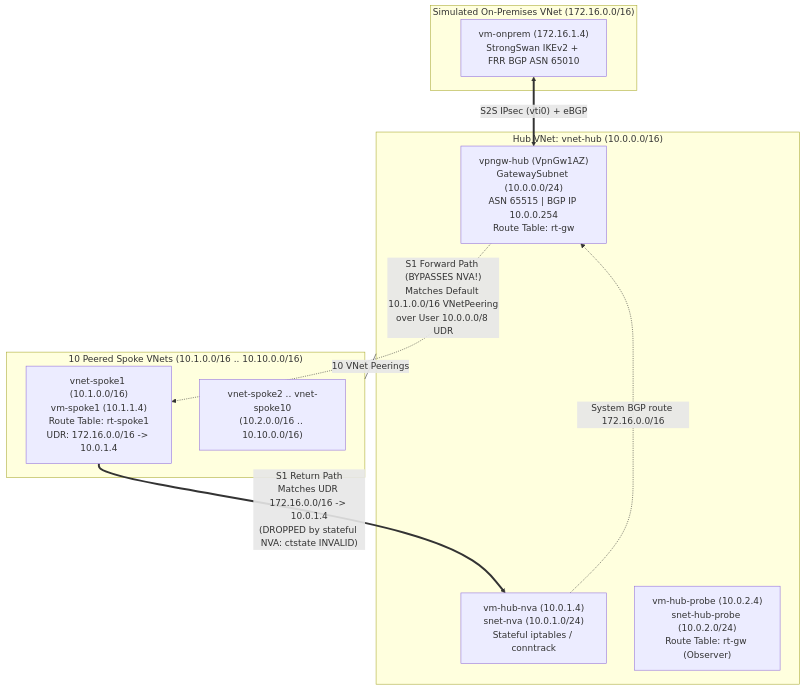
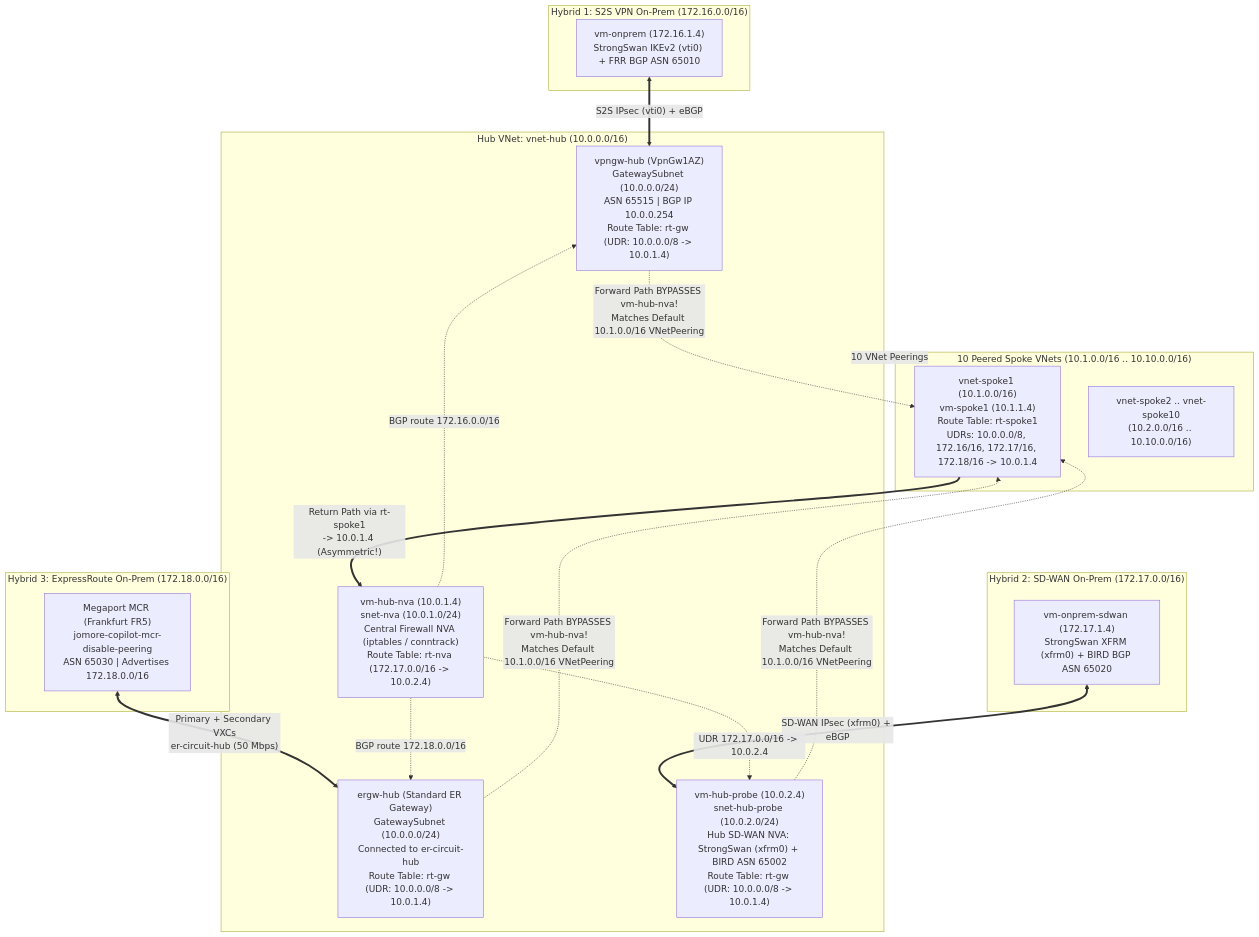
One commit to erjosito/net-lab-builder changed the first of 2 diagrams in labs/disable-peering-route-propagation/diagrams/topology.md. Above: the diagram before and after it, drawn with Mermaid. The commit also changed other lines of this file and 16 other files, not shown here.

First line of the commit message:
feat(disable-peering-route-propagation): expand lab to 3 hybrid connections (S2S VPN, SD-WAN, ExpressRoute) and restore 10.0.0.0/8 summary UDR

````diff
--- a/labs/disable-peering-route-propagation/diagrams/topology.md
+++ b/labs/disable-peering-route-propagation/diagrams/topology.md
@@ -5,23 +5,40 @@
 ```mermaid
 flowchart TB
-    subgraph OnPrem["Simulated On-Premises VNet (172.16.0.0/16)"]
-        VMOnPrem["vm-onprem (172.16.1.4)<br/>StrongSwan IKEv2 + FRR BGP ASN 65010"]
+    subgraph OnPrem1["Hybrid 1: S2S VPN On-Prem (172.16.0.0/16)"]
+        VMOnPrem["vm-onprem (172.16.1.4)<br/>StrongSwan IKEv2 (vti0) + FRR BGP ASN 65010"]
+    end
+
+    subgraph OnPrem2["Hybrid 2: SD-WAN On-Prem (172.17.0.0/16)"]
+        VMOnPremSDWAN["vm-onprem-sdwan (172.17.1.4)<br/>StrongSwan XFRM (xfrm0) + BIRD BGP ASN 65020"]
+    end
+
+    subgraph OnPrem3["Hybrid 3: ExpressRoute On-Prem (172.18.0.0/16)"]
+        MCR["Megaport MCR (Frankfurt FR5)<br/>jomore-copilot-mcr-disable-peering<br/>ASN 65030 | Advertises 172.18.0.0/16"]
     end
 
     subgraph Hub["Hub VNet: vnet-hub (10.0.0.0/16)"]
-        VPNGW["vpngw-hub (VpnGw1AZ)<br/>GatewaySubnet (10.0.0.0/24)<br/>ASN 65515 | BGP IP 10.0.0.254<br/>Route Table: rt-gw"]
-        NVA["vm-hub-nva (10.0.1.4)<br/>snet-nva (10.0.1.0/24)<br/>Stateful iptables / conntrack"]
-        Probe["vm-hub-probe (10.0.2.4)<br/>snet-hub-probe (10.0.2.0/24)<br/>Route Table: rt-gw (Observer)"]
+        VPNGW["vpngw-hub (VpnGw1AZ)<br/>GatewaySubnet (10.0.0.0/24)<br/>ASN 65515 | BGP IP 10.0.0.254<br/>Route Table: rt-gw (UDR: 10.0.0.0/8 -> 10.0.1.4)"]
+        ERGW["ergw-hub (Standard ER Gateway)<br/>GatewaySubnet (10.0.0.0/24)<br/>Connected to er-circuit-hub<br/>Route Table: rt-gw (UDR: 10.0.0.0/8 -> 10.0.1.4)"]
+        Probe["vm-hub-probe (10.0.2.4)<br/>snet-hub-probe (10.0.2.0/24)<br/>Hub SD-WAN NVA: StrongSwan (xfrm0) + BIRD ASN 65002<br/>Route Table: rt-gw (UDR: 10.0.0.0/8 -> 10.0.1.4)"]
+        NVA["vm-hub-nva (10.0.1.4)<br/>snet-nva (10.0.1.0/24)<br/>Central Firewall NVA (iptables / conntrack)<br/>Route Table: rt-nva (172.17.0.0/16 -> 10.0.2.4)"]
     end
 
     subgraph Spokes["10 Peered Spoke VNets (10.1.0.0/16 .. 10.10.0.0/16)"]
-        Spoke1["vnet-spoke1 (10.1.0.0/16)<br/>vm-spoke1 (10.1.1.4)<br/>Route Table: rt-spoke1<br/>UDR: 172.16.0.0/16 -> 10.0.1.4"]
+        Spoke1["vnet-spoke1 (10.1.0.0/16)<br/>vm-spoke1 (10.1.1.4)<br/>Route Table: rt-spoke1<br/>UDRs: 10.0.0.0/8, 172.16/16, 172.17/16, 172.18/16 -> 10.0.1.4"]
         SpokeN["vnet-spoke2 .. vnet-spoke10<br/>(10.2.0.0/16 .. 10.10.0.0/16)"]
     end
 
     VMOnPrem <==>|"S2S IPsec (vti0) + eBGP"| VPNGW
-    VPNGW -.->|"S1 Forward Path (BYPASSES NVA!)<br/>Matches Default 10.1.0.0/16 VNetPeering<br/>over User 10.0.0.0/8 UDR"| Spoke1
-    Spoke1 ==>|"S1 Return Path<br/>Matches UDR 172.16.0.0/16 -> 10.0.1.4<br/>(DROPPED by stateful NVA: ctstate INVALID)"| NVA
-    NVA -.->|"System BGP route 172.16.0.0/16"| VPNGW
+    VMOnPremSDWAN <==>|"SD-WAN IPsec (xfrm0) + eBGP"| Probe
+    MCR <==>|"Primary + Secondary VXCs<br/>er-circuit-hub (50 Mbps)"| ERGW
+
+    VPNGW -.->|"Forward Path BYPASSES vm-hub-nva!<br/>Matches Default 10.1.0.0/16 VNetPeering"| Spoke1
+    Probe -.->|"Forward Path BYPASSES vm-hub-nva!<br/>Matches Default 10.1.0.0/16 VNetPeering"| Spoke1
+    ERGW -.->|"Forward Path BYPASSES vm-hub-nva!<br/>Matches Default 10.1.0.0/16 VNetPeering"| Spoke1
+
+    Spoke1 ==>|"Return Path via rt-spoke1<br/>-> 10.0.1.4 (Asymmetric!)"| NVA
+    NVA -.->|"BGP route 172.16.0.0/16"| VPNGW
+    NVA -.->|"UDR 172.17.0.0/16 -> 10.0.2.4"| Probe
+    NVA -.->|"BGP route 172.18.0.0/16"| ERGW
     Hub ---|"10 VNet Peerings"| Spokes
 ```
````
